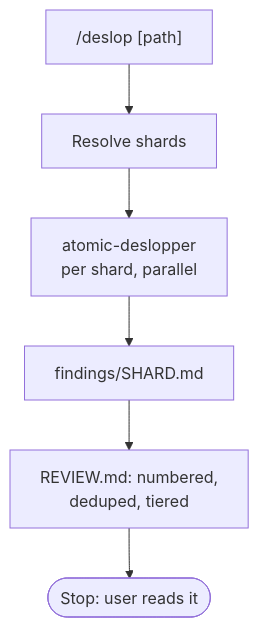
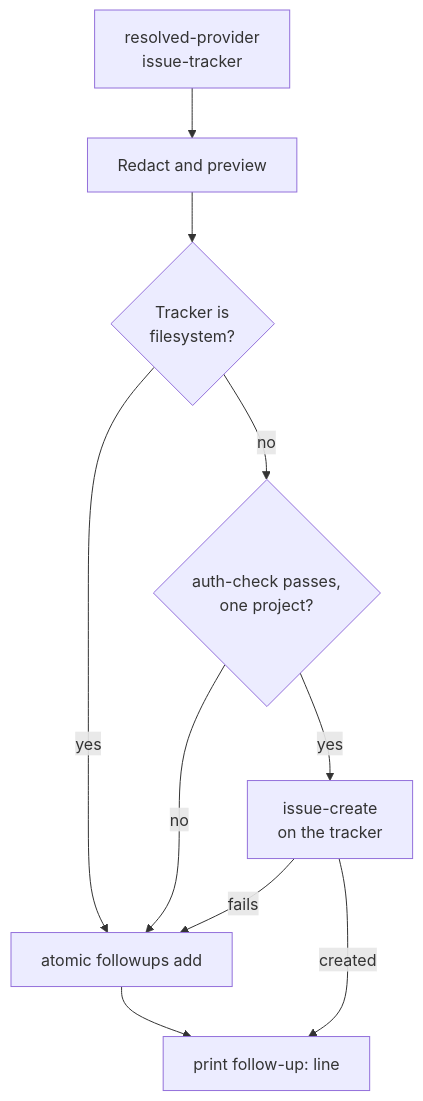
One commit to damusix/atomic-claude changed the eighth of 12 diagrams in docs/wiki/workflow.md. Above: the diagram before and after it, drawn with Mermaid. The commit also changed other lines of this file and 795 other files, not shown here.

````diff
--- a/docs/wiki/workflow.md
+++ b/docs/wiki/workflow.md
@@ -243,9 +205,13 @@
 ```mermaid
 flowchart TD
-    %% source: context/commands/deslop.md, context/agents/atomic-deslopper.md; docs/design/deslop.md
-    A["/deslop [path]"] --> B["Resolve shards"]
-    B --> C["atomic-deslopper<br/>per shard, parallel"]
-    C --> D["findings/SHARD.md"]
-    D --> E["REVIEW.md: numbered,<br/>deduped, tiered"]
-    E --> H(["Stop: user reads it"])
+    %% source: context/_partials/followup-sink.md, context/skills/atomic-git-discipline/references/issue-tracking/filesystem.md
+    T["resolved-provider<br/>issue-tracker"] --> P["Redact and preview"]
+    P --> F{"Tracker is<br/>filesystem?"}
+    F -->|yes| L["atomic followups add"]
+    F -->|no| A{"auth-check passes,<br/>one project?"}
+    A -->|no| L
+    A -->|yes| C["issue-create<br/>on the tracker"]
+    C -->|fails| L
+    C -->|created| OUT["print follow-up: line"]
+    L --> OUT
 ```
````
